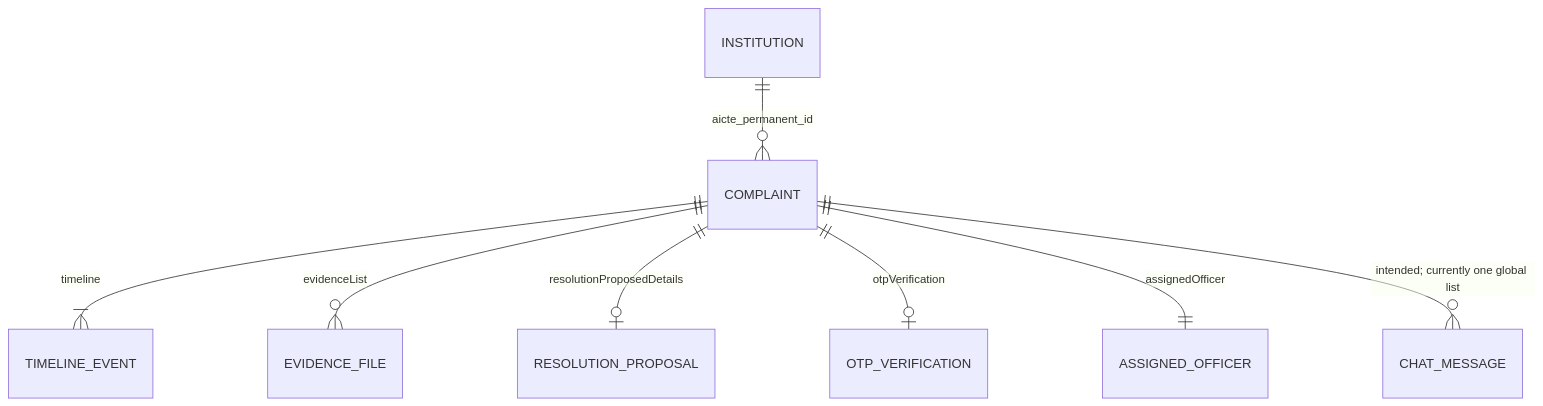
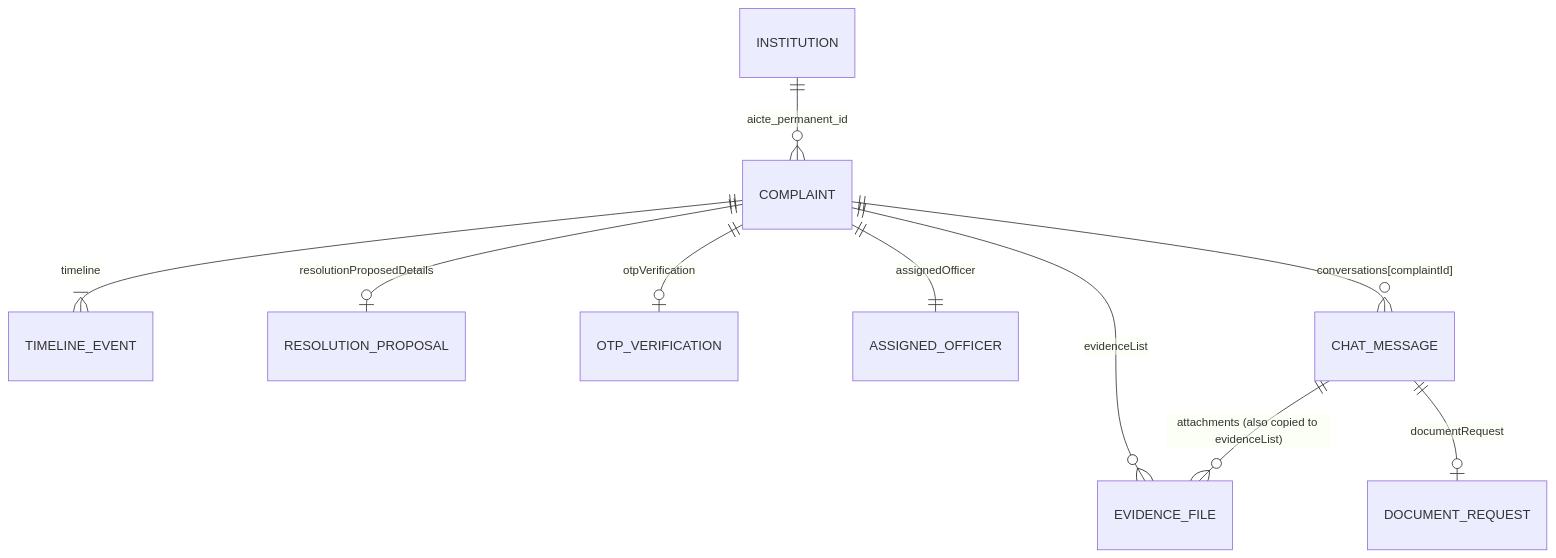
One commit to AsawariPawar0322/AICTE-NIVARAN changed the diagram in docs/07-data-model.md. Above: the diagram before and after it, drawn with Mermaid. The commit also changed other lines of this file and 14 other files, not shown here.

````diff
--- a/docs/07-data-model.md
+++ b/docs/07-data-model.md
@@ -7,10 +7,12 @@
 ```mermaid
 erDiagram
     INSTITUTION ||--o{ COMPLAINT : "aicte_permanent_id"
     COMPLAINT ||--|{ TIMELINE_EVENT : "timeline"
     COMPLAINT ||--o{ EVIDENCE_FILE : "evidenceList"
     COMPLAINT ||--o| RESOLUTION_PROPOSAL : "resolutionProposedDetails"
     COMPLAINT ||--o| OTP_VERIFICATION : "otpVerification"
     COMPLAINT ||--|| ASSIGNED_OFFICER : "assignedOfficer"
-    COMPLAINT ||--o{ CHAT_MESSAGE : "intended; currently one global list"
+    COMPLAINT ||--o{ CHAT_MESSAGE : "conversations[complaintId]"
+    CHAT_MESSAGE ||--o| DOCUMENT_REQUEST : "documentRequest"
+    CHAT_MESSAGE ||--o{ EVIDENCE_FILE : "attachments (also copied to evidenceList)"
 ```
````
